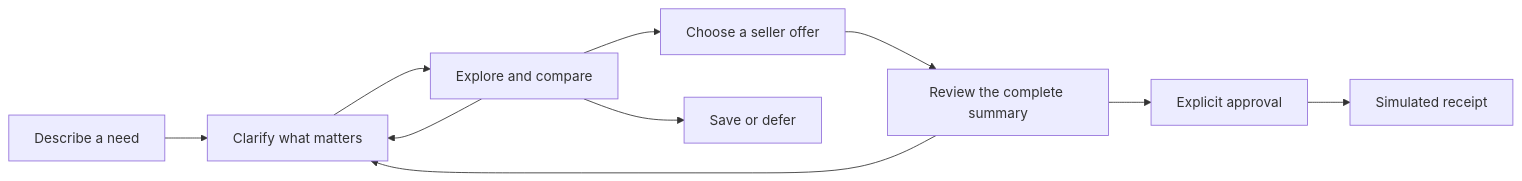
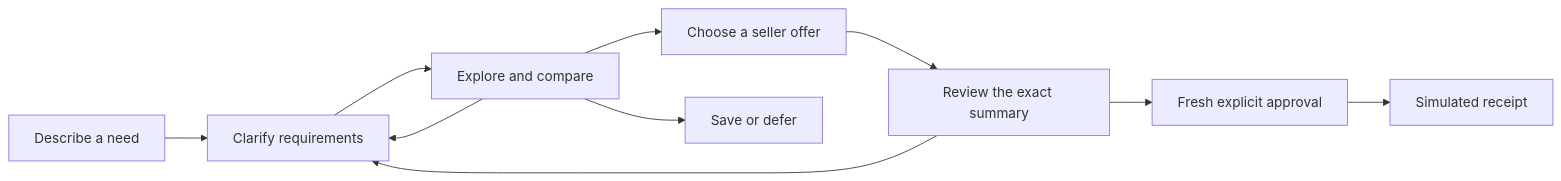
Before and after one commit to likalight/along: the diagram in README.md, drawn with Mermaid. The commit also changed other lines of this file, not shown here.

````diff
--- a/README.md
+++ b/README.md
@@ -43,12 +97,12 @@
 ```mermaid
 flowchart LR
-    A["Describe a need"] --> B["Clarify what matters"]
+    A["Describe a need"] --> B["Clarify requirements"]
     B --> C["Explore and compare"]
     C --> D["Choose a seller offer"]
-    D --> E["Review the complete summary"]
-    E --> F["Explicit approval"]
+    D --> E["Review the exact summary"]
+    E --> F["Fresh explicit approval"]
     F --> G["Simulated receipt"]
     C --> H["Save or defer"]
     C --> B
     E --> B
 ```
````
